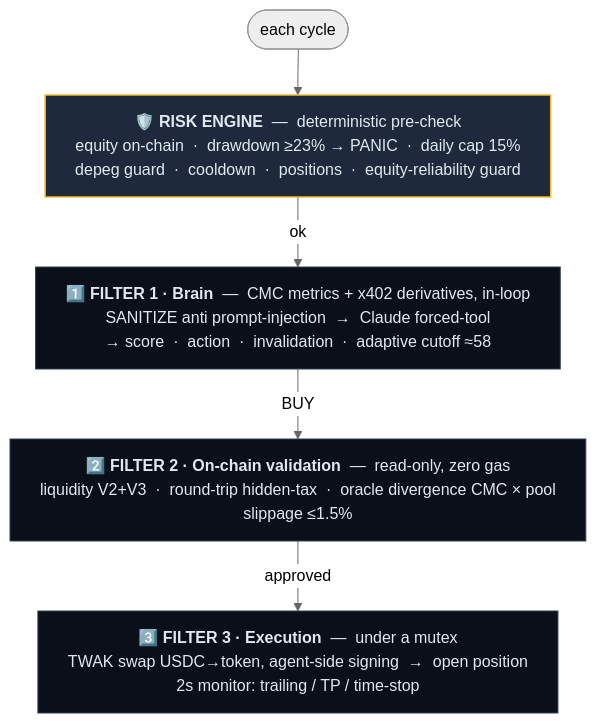
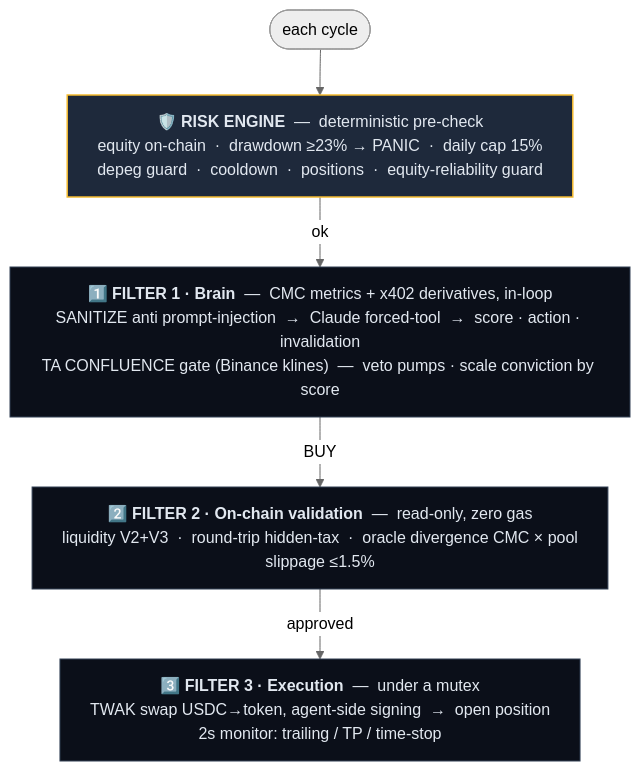
Before and after one commit to deegalabs/boomerang-ai: the diagram in README.md, drawn with Mermaid (neutral theme). The commit also changed other lines of this file and 4 other files, not shown here.

Commit message:
docs: document TA confluence + TradingView UI; add ROADMAP (additive plan); gitignore temp/

````diff
--- a/README.md
+++ b/README.md
@@ -83,15 +94,15 @@
 ```mermaid
 %%{init: {'flowchart': {'wrappingWidth': 560, 'nodeSpacing': 50, 'rankSpacing': 46}}}%%
 flowchart TD
     Start([" each cycle "]) --> A
 
     A["🛡️ <b>RISK ENGINE</b> &nbsp;—&nbsp; deterministic pre-check<br/>equity on-chain &nbsp;·&nbsp; drawdown ≥23% → PANIC &nbsp;·&nbsp; daily cap 15%<br/>depeg guard &nbsp;·&nbsp; cooldown &nbsp;·&nbsp; positions &nbsp;·&nbsp; equity-reliability guard"]
-    A -->|ok| B["1️⃣ <b>FILTER 1 · Brain</b> &nbsp;—&nbsp; CMC metrics + x402 derivatives, in-loop<br/>SANITIZE anti prompt-injection &nbsp;→&nbsp; Claude forced-tool<br/>→ score &nbsp;·&nbsp; action &nbsp;·&nbsp; invalidation &nbsp;·&nbsp; adaptive cutoff ≈58"]
+    A -->|ok| B["1️⃣ <b>FILTER 1 · Brain</b> &nbsp;—&nbsp; CMC metrics + x402 derivatives, in-loop<br/>SANITIZE anti prompt-injection &nbsp;→&nbsp; Claude forced-tool &nbsp;→&nbsp; score · action · invalidation<br/>TA CONFLUENCE gate (Binance klines) &nbsp;—&nbsp; veto pumps · scale conviction by score"]
     B -->|BUY| C["2️⃣ <b>FILTER 2 · On-chain validation</b> &nbsp;—&nbsp; read-only, zero gas<br/>liquidity V2+V3 &nbsp;·&nbsp; round-trip hidden-tax &nbsp;·&nbsp; oracle divergence CMC × pool<br/>slippage ≤1.5%"]
     C -->|approved| D["3️⃣ <b>FILTER 3 · Execution</b> &nbsp;—&nbsp; under a mutex<br/>TWAK swap USDC→token, agent-side signing &nbsp;→&nbsp; open position<br/>2s monitor: trailing / TP / time-stop"]
 
     classDef risk fill:#1e293b,stroke:#f3ba2f,stroke-width:1.5px,color:#e2e8f0;
     classDef filter fill:#0b0f19,stroke:#334155,stroke-width:1px,color:#e2e8f0;
     class A risk;
     class B,C,D filter;
 ```
````
